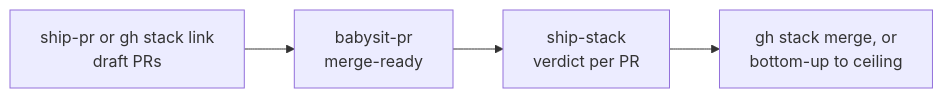
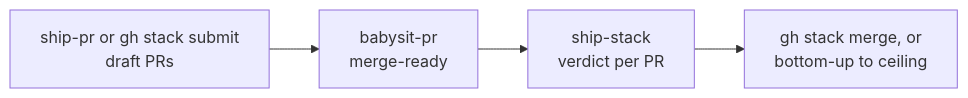
The diagram in plugins/swe/docs/06-verify-and-ship.md (kpeez/agent-toolbox), drawn with Mermaid before and after one commit. The commit also changed 9 other files, not shown here.

First line of the commit message:
feat(swe): publish multi-concern work as a gh stack by default (#39)

````diff
--- a/plugins/swe/docs/06-verify-and-ship.md
+++ b/plugins/swe/docs/06-verify-and-ship.md
@@ -141,6 +141,6 @@
 ```mermaid
 flowchart LR
-  publish["ship-pr or gh stack link<br/>draft PRs"] --> babysit["babysit-pr<br/>merge-ready"]
+  publish["ship-pr or gh stack submit<br/>draft PRs"] --> babysit["babysit-pr<br/>merge-ready"]
   babysit --> verify["ship-stack<br/>verdict per PR"]
   verify --> land["gh stack merge, or<br/>bottom-up to ceiling"]
 ```
````
